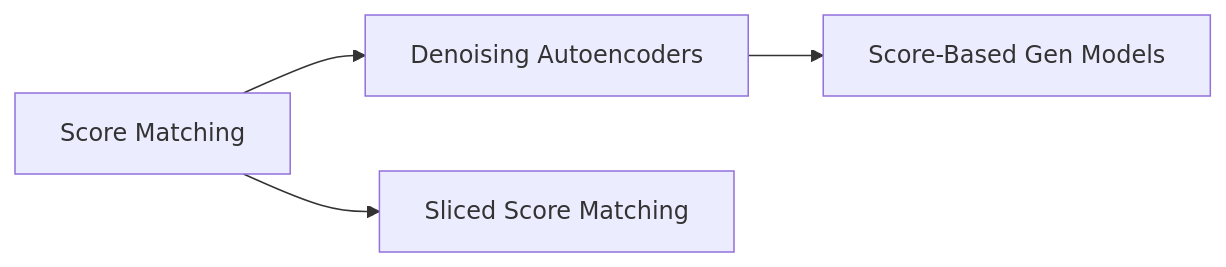
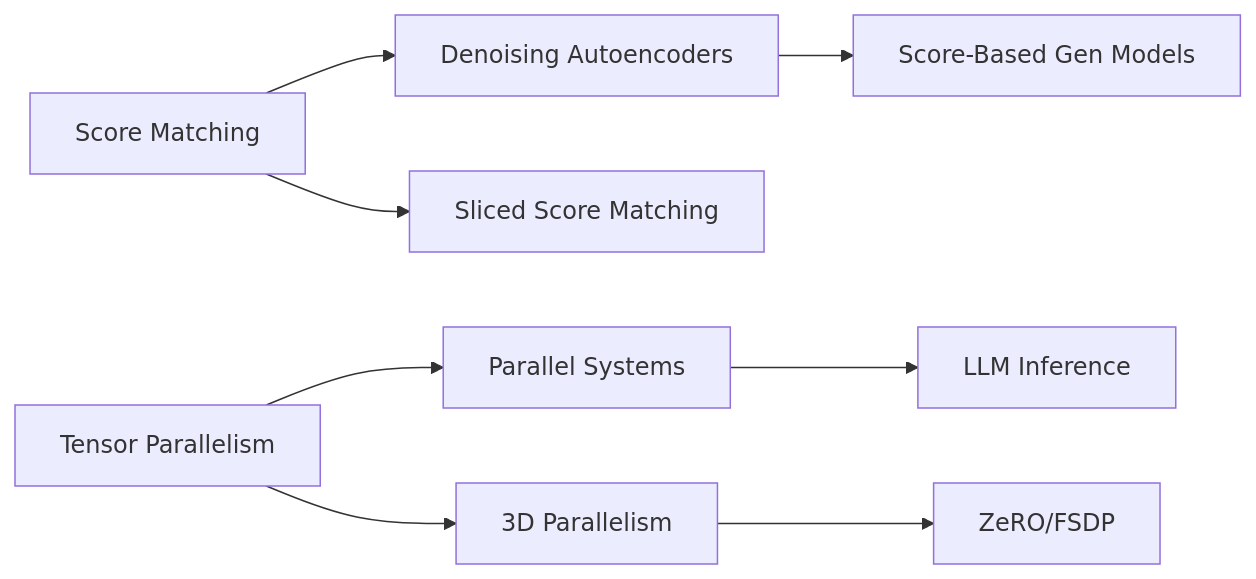
One commit to caiyuanrui/research-curriculum changed the diagram in docs/knowledge-graph.md. Above: the diagram before and after it, drawn with Mermaid. The commit also changed other lines of this file and 6 other files, not shown here.

Commit message:
Add llm-systems: Shoeybi (2019) - Megatron-LM

````diff
--- a/docs/knowledge-graph.md
+++ b/docs/knowledge-graph.md
@@ -18,6 +25,10 @@
 ```mermaid
 graph LR
     SM[Score Matching] --> DAE[Denoising Autoencoders]
     DAE --> SG[Score-Based Gen Models]
     SM --> SSM[Sliced Score Matching]
+    TP[Tensor Parallelism] --> PS[Parallel Systems]
+    PS --> LI[LLM Inference]
+    TP --> 3D[3D Parallelism]
+    3D --> Z[ZeRO/FSDP]
 ```
````
